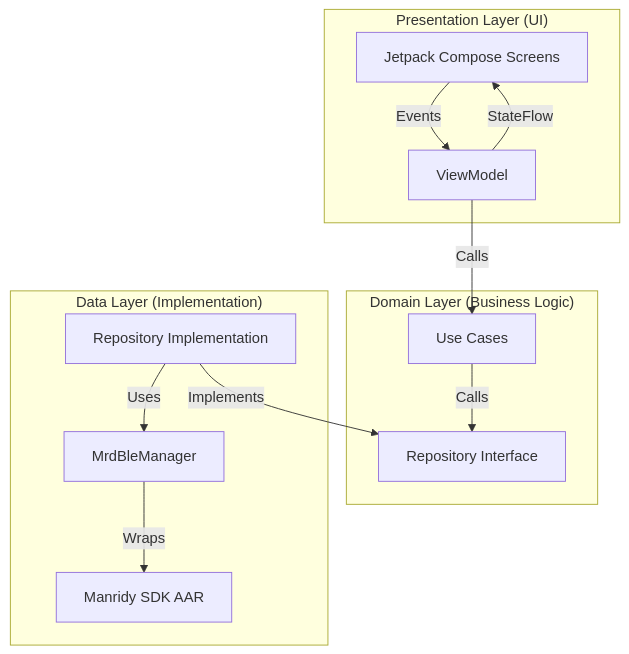
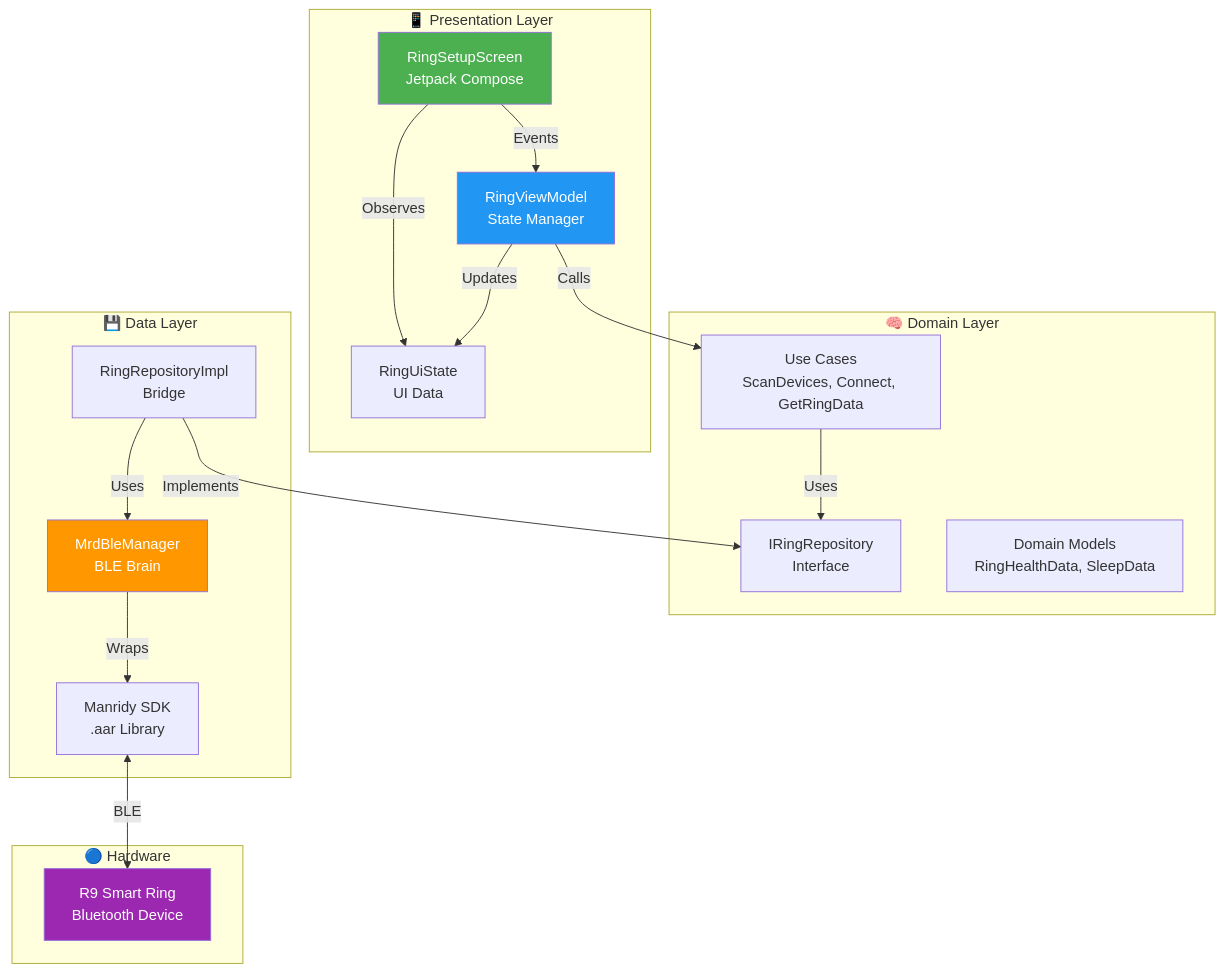
The first of 2 diagrams in README.md (soumya07ad/ble-ring-app), drawn with Mermaid before and after one commit. The commit also changed other lines of this file, not shown here.

Commit message:
docs: Add comprehensive professional README with architecture documentation

````diff
--- a/README.md
+++ b/README.md
@@ -14,25 +62,39 @@
 ```mermaid
 graph TD
-    subgraph "Presentation Layer (UI)"
-        UI[Jetpack Compose Screens]
-        VM[ViewModel]
-        UI -->|Events| VM
-        VM -->|StateFlow| UI
+    subgraph "📱 Presentation Layer"
+        UI[RingSetupScreen<br/>Jetpack Compose]
+        VM[RingViewModel<br/>State Manager]
+        STATE[RingUiState<br/>UI Data]
     end
 
-    subgraph "Domain Layer (Business Logic)"
-        UC[Use Cases]
-        RepoInt[Repository Interface]
-        VM -->|Calls| UC
-        UC -->|Calls| RepoInt
+    subgraph "🧠 Domain Layer"
+        UC[Use Cases<br/>ScanDevices, Connect, GetRingData]
+        REPO_INT[IRingRepository<br/>Interface]
+        MODEL[Domain Models<br/>RingHealthData, SleepData]
     end
 
-    subgraph "Data Layer (Implementation)"
-        RepoImpl[Repository Implementation]
-        BLE[MrdBleManager]
-        SDK[Manridy SDK AAR]
-        RepoImpl -->|Implements| RepoInt
-        RepoImpl -->|Uses| BLE
-        BLE -->|Wraps| SDK
+    subgraph "💾 Data Layer"
+        REPO[RingRepositoryImpl<br/>Bridge]
+        BLE[MrdBleManager<br/>BLE Brain]
+        SDK[Manridy SDK<br/>.aar Library]
     end
+
+    subgraph "🔵 Hardware"
+        RING[R9 Smart Ring<br/>Bluetooth Device]
+    end
+
+    UI -->|Observes| STATE
+    UI -->|Events| VM
+    VM -->|Updates| STATE
+    VM -->|Calls| UC
+    UC -->|Uses| REPO_INT
+    REPO -->|Implements| REPO_INT
+    REPO -->|Uses| BLE
+    BLE -->|Wraps| SDK
+    SDK <-->|BLE| RING
+
+    style UI fill:#4CAF50,color:#fff
+    style VM fill:#2196F3,color:#fff
+    style BLE fill:#FF9800,color:#fff
+    style RING fill:#9C27B0,color:#fff
 ```
````
